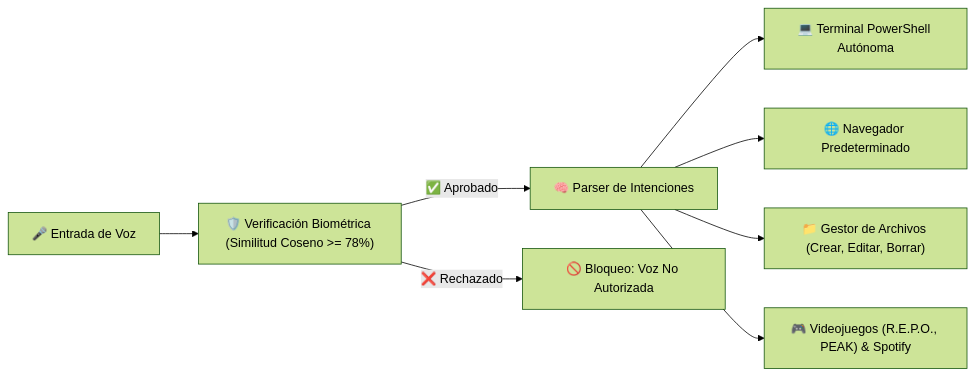
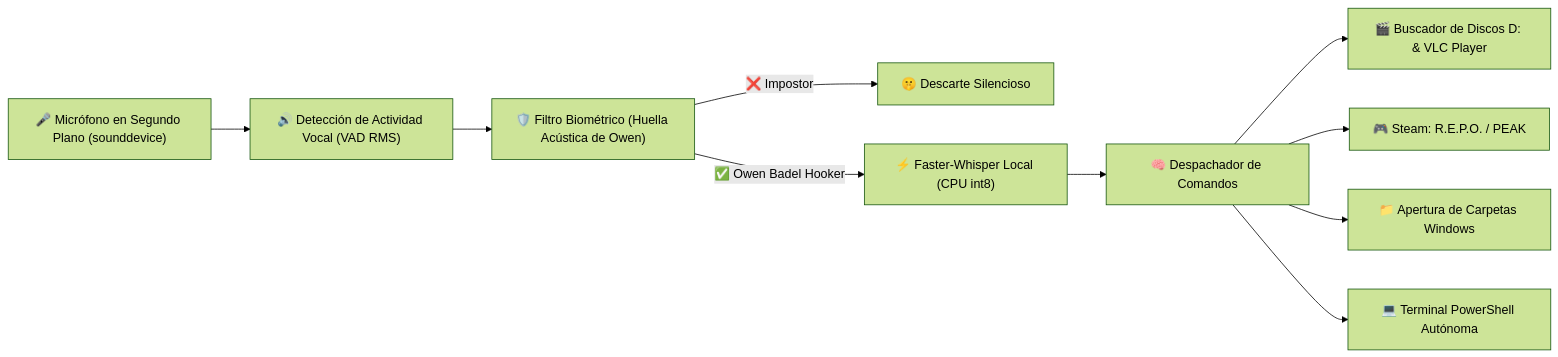
One commit to OwenBadel/VocalOS_Desktop_Assistant changed the diagram in README.md. Above: the diagram before and after it, drawn with Mermaid (forest theme). The commit also changed other lines of this file and 12 other files, not shown here.

Commit message:
feat(daemon): implementar daemon de segundo plano, busqueda en disco D para VLC, biometria vocal y scripts Inno Setup

````diff
--- a/README.md
+++ b/README.md
@@ -12,11 +19,13 @@
 ```mermaid
 graph LR
-    Mic["🎤 Entrada de Voz"] --> Bio["🛡️ Verificación Biométrica (Similitud Coseno >= 78%)"]
-    Bio -->|✅ Aprobado| Intent["🧠 Parser de Intenciones"]
-    Bio -->|❌ Rechazado| Alert["🚫 Bloqueo: Voz No Autorizada"]
+    Mic["🎤 Micrófono en Segundo Plano (sounddevice)"] --> VAD["🔊 Detección de Actividad Vocal (VAD RMS)"]
+    VAD --> Bio["🛡️ Filtro Biométrico (Huella Acústica de Owen)"]
+    Bio -->|❌ Impostor| Ignore["🤫 Descarte Silencioso"]
+    Bio -->|✅ Owen Badel Hooker| STT["⚡ Faster-Whisper Local (CPU int8)"]
+    STT --> Dispatcher["🧠 Despachador de Comandos"]
     
-    Intent --> Term["💻 Terminal PowerShell Autónoma"]
-    Intent --> Browser["🌐 Navegador Predeterminado"]
-    Intent --> FS["📁 Gestor de Archivos (Crear, Editar, Borrar)"]
-    Intent --> Media["🎮 Videojuegos (R.E.P.O., PEAK) & Spotify"]
+    Dispatcher --> VLC["🎬 Buscador de Discos D: & VLC Player"]
+    Dispatcher --> Games["🎮 Steam: R.E.P.O. / PEAK"]
+    Dispatcher --> Explorer["📁 Apertura de Carpetas Windows"]
+    Dispatcher --> Term["💻 Terminal PowerShell Autónoma"]
 ```
````
